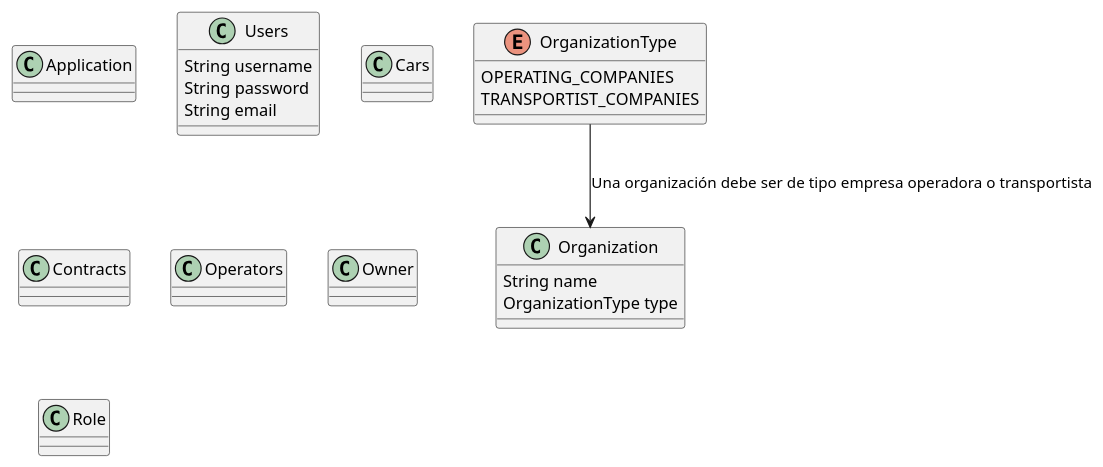
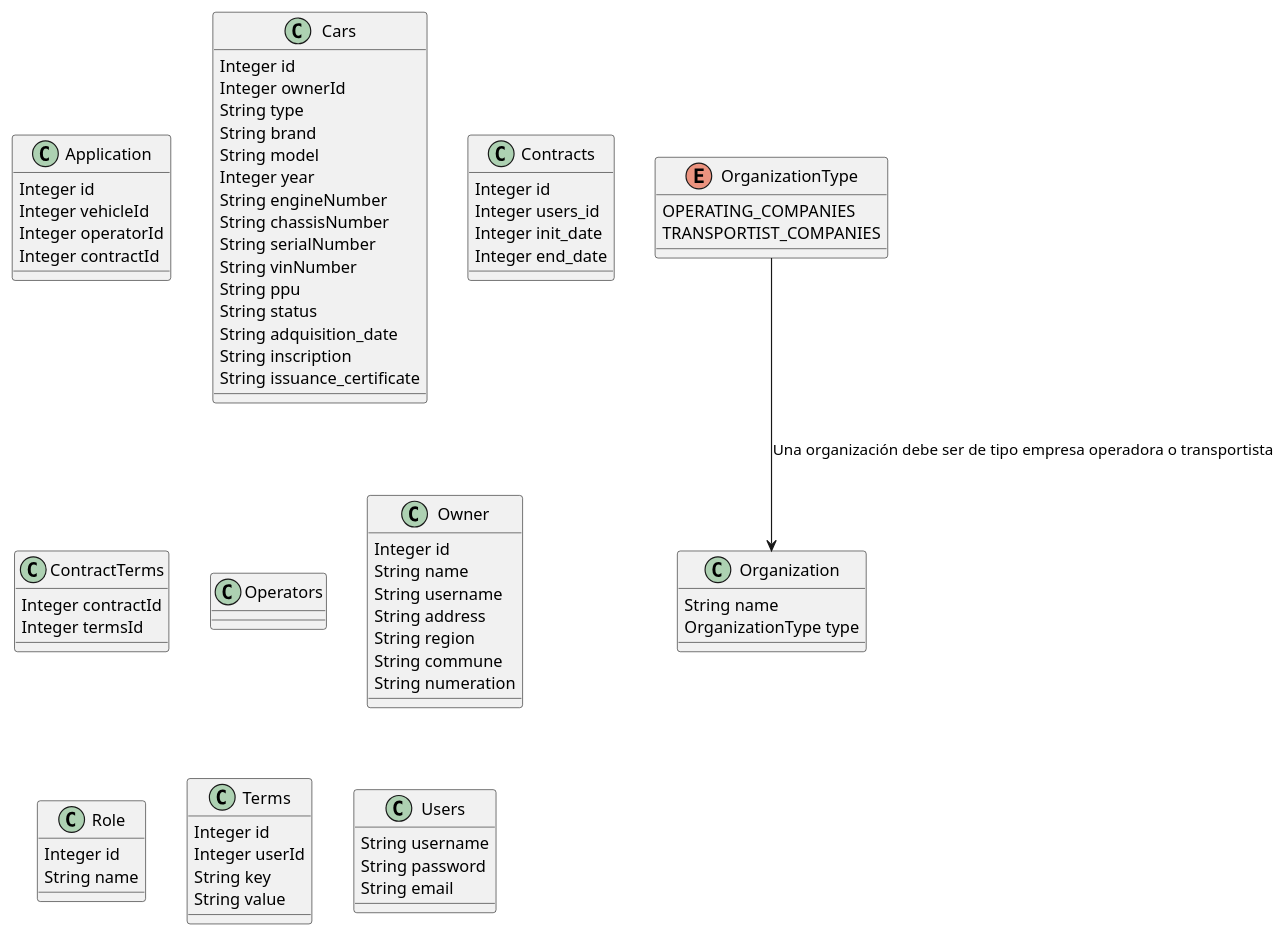
The diagram in diagramas/clases/classes.plantuml (ubomagisterinformatica/carrier_assignment_system), drawn with PlantUML before and after one commit.

Commit message:
ADD: classes attributes

```diff
--- a/diagramas/clases/classes.plantuml
+++ b/diagramas/clases/classes.plantuml
@@ -1,37 +1,80 @@
 @startuml classes
     enum OrganizationType {
         OPERATING_COMPANIES
         TRANSPORTIST_COMPANIES
     }
     
+    class Application {
+        Integer id
+        Integer vehicleId
+        Integer operatorId
+        Integer contractId
+    }
 
-    class Application {}
+    class Cars {
+        Integer id
+        Integer ownerId
+        String type
+        String brand
+        String model
+        Integer year
+        String engineNumber
+        String chassisNumber
+        String serialNumber
+        String vinNumber
+        String ppu
+        String status
+        String adquisition_date
+        String inscription
+        String issuance_certificate
+    }
+
+    class Contracts {
+        Integer id
+        Integer users_id
+        Integer init_date
+        Integer end_date
+    }
+
+    class ContractTerms {
+        Integer contractId
+        Integer termsId
+    }
+    
+    class Operators {}
 
     class Organization { 
         String name
         OrganizationType type
     }
     
     OrganizationType --> Organization : Una organización debe ser de tipo empresa operadora o transportista
 
+    class Owner {
+        Integer id
+        String name
+        String username
+        String address
+        String region
+        String commune
+        String numeration
+    }
+
+    class Role {
+        Integer id
+        String name
+    }
+
+    class Terms {
+        Integer id
+        Integer userId
+        String key
+        String value
+    }
+
     class Users {
         String username
         String password
         String email
     }
-
-
-
-    class Cars {}
-
-    class Contracts {}
-    
-    class Operators {}
-
-    class Owner {}
-
-    class Role {}
-
-
-
 @enduml
```
